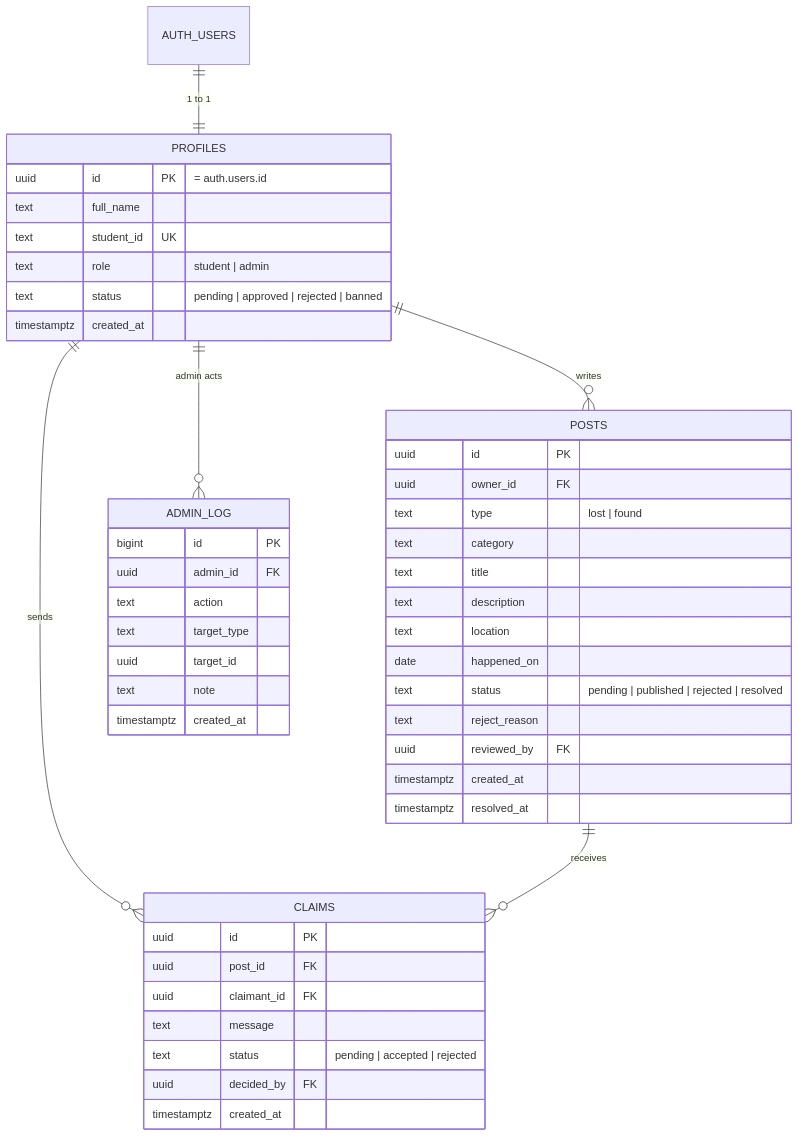
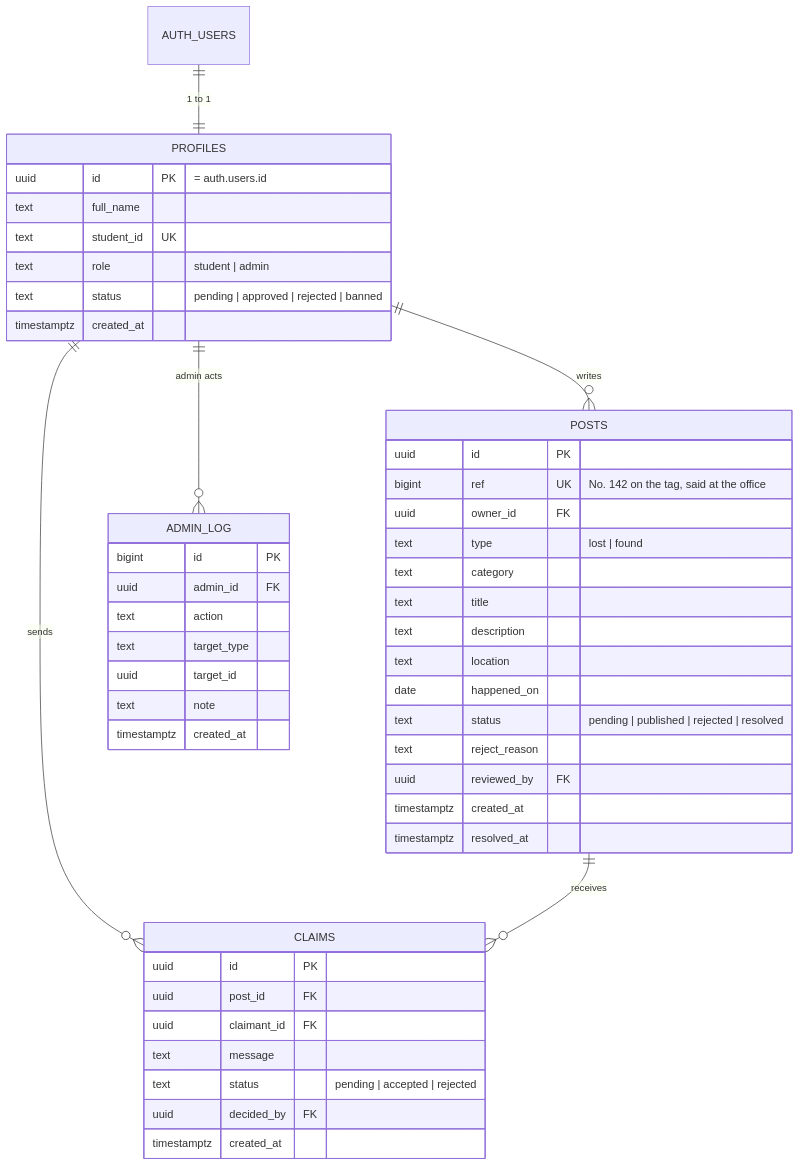
The third of 5 diagrams in docs/PROJECT.md (serrarlokmane/uni-lost-and-found), drawn with Mermaid before and after one commit. The commit also changed 4 other files, not shown here.

````diff
--- a/docs/PROJECT.md
+++ b/docs/PROJECT.md
@@ -190,50 +190,51 @@
 ```mermaid
 erDiagram
   AUTH_USERS ||--|| PROFILES : "1 to 1"
   PROFILES ||--o{ POSTS : writes
   PROFILES ||--o{ CLAIMS : sends
   POSTS ||--o{ CLAIMS : receives
   PROFILES ||--o{ ADMIN_LOG : "admin acts"
 
   PROFILES {
     uuid id PK "= auth.users.id"
     text full_name
     text student_id UK
     text role "student | admin"
     text status "pending | approved | rejected | banned"
     timestamptz created_at
   }
   POSTS {
     uuid id PK
+    bigint ref UK "No. 142 on the tag, said at the office"
     uuid owner_id FK
     text type "lost | found"
     text category
     text title
     text description
     text location
     date happened_on
     text status "pending | published | rejected | resolved"
     text reject_reason
     uuid reviewed_by FK
     timestamptz created_at
     timestamptz resolved_at
   }
   CLAIMS {
     uuid id PK
     uuid post_id FK
     uuid claimant_id FK
     text message
     text status "pending | accepted | rejected"
     uuid decided_by FK
     timestamptz created_at
   }
   ADMIN_LOG {
     bigint id PK
     uuid admin_id FK
     text action
     text target_type
     uuid target_id
     text note
     timestamptz created_at
   }
 ```
````
